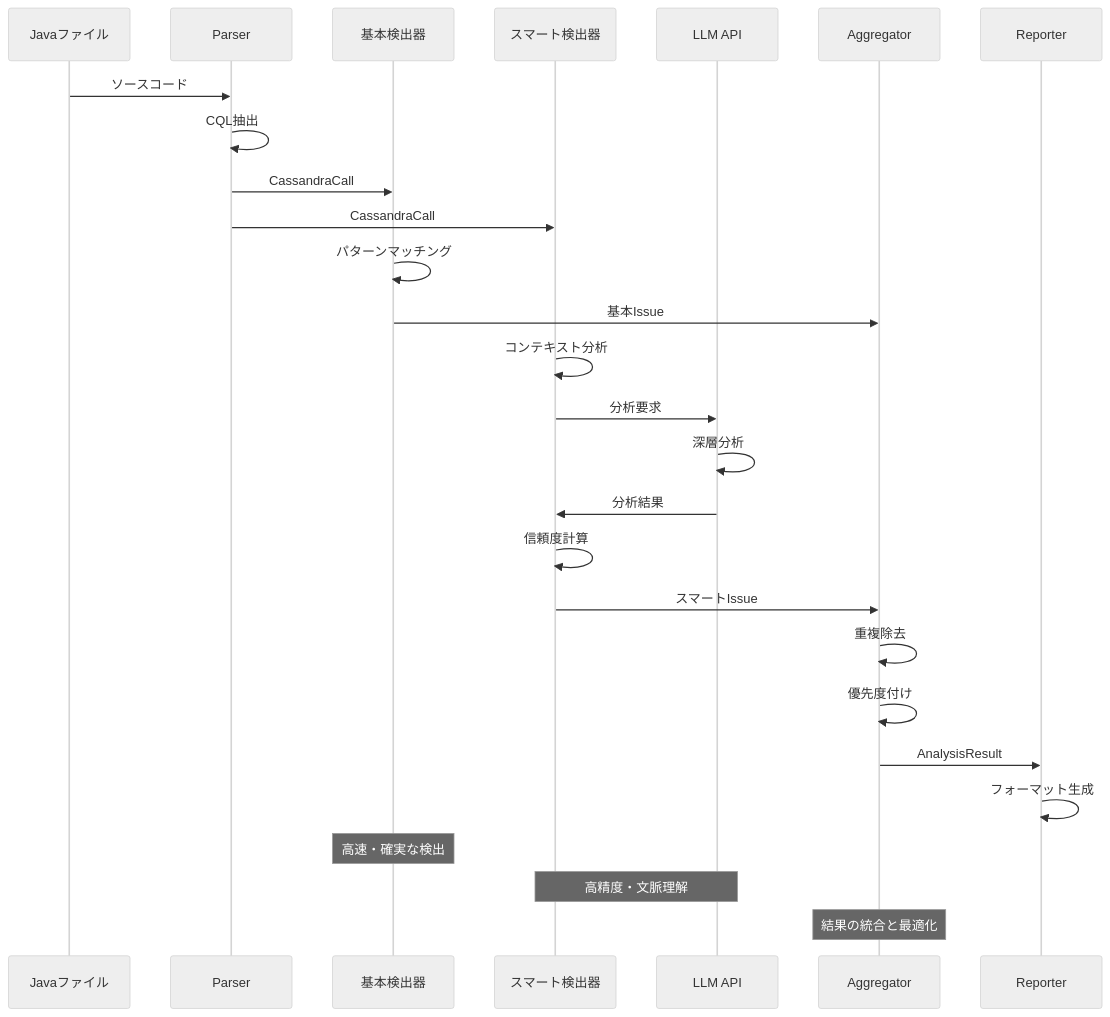
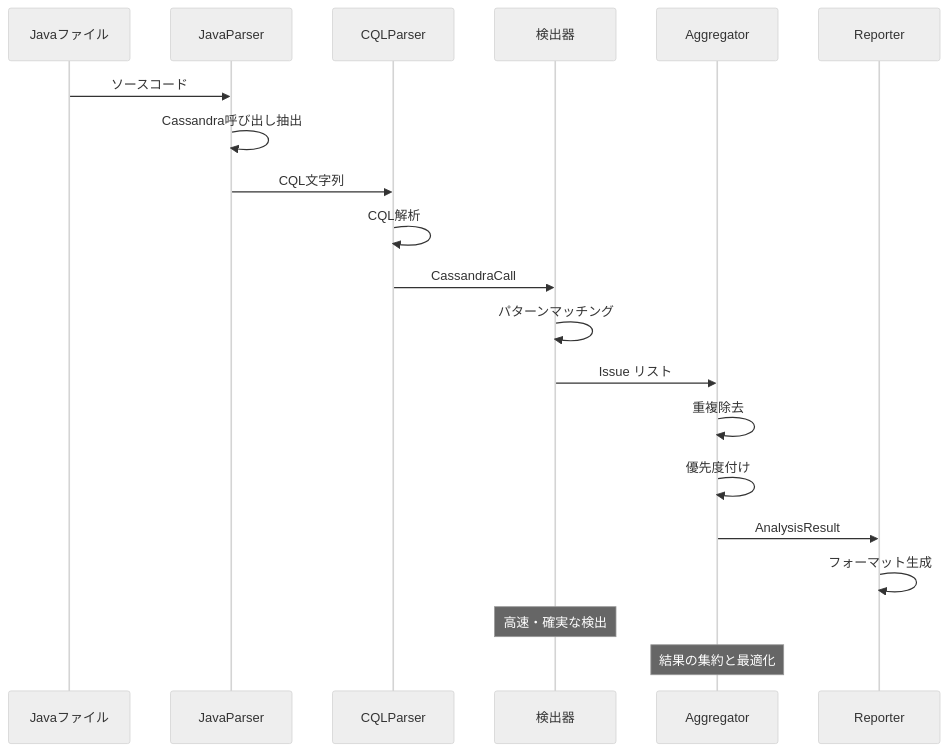
The third of 3 diagrams in phase1_cassandra/README_CASSANDRA.md (KEIEI-NET/4J_Claude), drawn with Mermaid (neutral theme) before and after one commit. The commit also changed other lines of this file and 74 other files, not shown here.

````diff
--- a/phase1_cassandra/README_CASSANDRA.md
+++ b/phase1_cassandra/README_CASSANDRA.md
@@ -183,34 +148,26 @@
 ```mermaid
 sequenceDiagram
     participant F as Javaファイル
-    participant P as Parser
-    participant BD as 基本検出器
-    participant SD as スマート検出器
-    participant LLM as LLM API
+    participant P as JavaParser
+    participant C as CQLParser
+    participant D as 検出器
     participant A as Aggregator
     participant R as Reporter
 
     F->>P: ソースコード
-    P->>P: CQL抽出
-    P->>BD: CassandraCall
-    P->>SD: CassandraCall
+    P->>P: Cassandra呼び出し抽出
+    P->>C: CQL文字列
+    C->>C: CQL解析
+    C->>D: CassandraCall
 
-    BD->>BD: パターンマッチング
-    BD->>A: 基本Issue
-
-    SD->>SD: コンテキスト分析
-    SD->>LLM: 分析要求
-    LLM->>LLM: 深層分析
-    LLM->>SD: 分析結果
-    SD->>SD: 信頼度計算
-    SD->>A: スマートIssue
+    D->>D: パターンマッチング
+    D->>A: Issue リスト
 
     A->>A: 重複除去
     A->>A: 優先度付け
     A->>R: AnalysisResult
     R->>R: フォーマット生成
 
-    Note over BD: 高速・確実な検出
-    Note over SD,LLM: 高精度・文脈理解
-    Note over A: 結果の統合と最適化
+    Note over D: 高速・確実な検出
+    Note over A: 結果の集約と最適化
 ```
````
